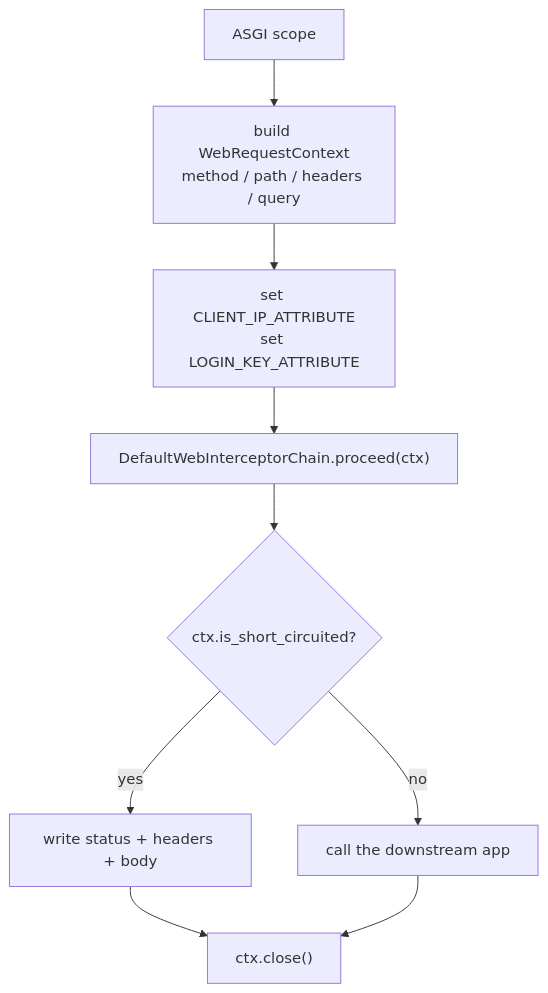
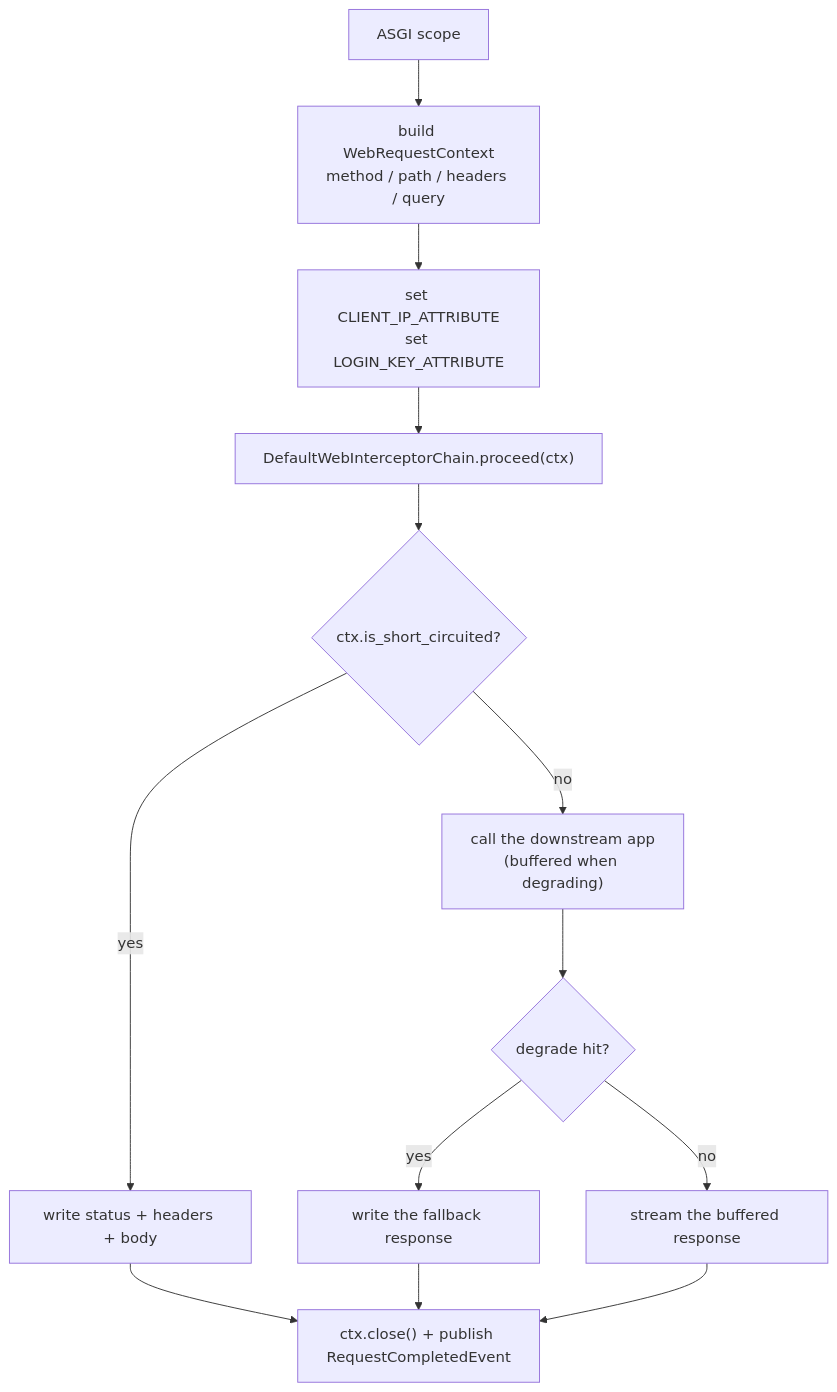
Before and after one commit to richie696/atlas-richie-platform-python: the first of 2 diagrams in components/web/web-protection-adapter-asgi/README.md, drawn with Mermaid. The commit also changed other lines of this file and 24 other files, not shown here.

````diff
--- a/components/web/web-protection-adapter-asgi/README.md
+++ b/components/web/web-protection-adapter-asgi/README.md
@@ -61,11 +68,15 @@
 ```mermaid
 graph TB
     A["ASGI scope"] --> B["build WebRequestContext<br/>method / path / headers / query"]
     B --> C["set CLIENT_IP_ATTRIBUTE<br/>set LOGIN_KEY_ATTRIBUTE"]
     C --> D["DefaultWebInterceptorChain.proceed(ctx)"]
     D --> E{"ctx.is_short_circuited?"}
     E -->|yes| F["write status + headers + body"]
-    E -->|no| G["call the downstream app"]
-    F --> H["ctx.close()"]
-    G --> H
+    E -->|no| G["call the downstream app<br/>(buffered when degrading)"]
+    G --> H{"degrade hit?"}
+    H -->|yes| I["write the fallback response"]
+    H -->|no| J["stream the buffered response"]
+    F --> K["ctx.close() + publish RequestCompletedEvent"]
+    I --> K
+    J --> K
 ```
````
